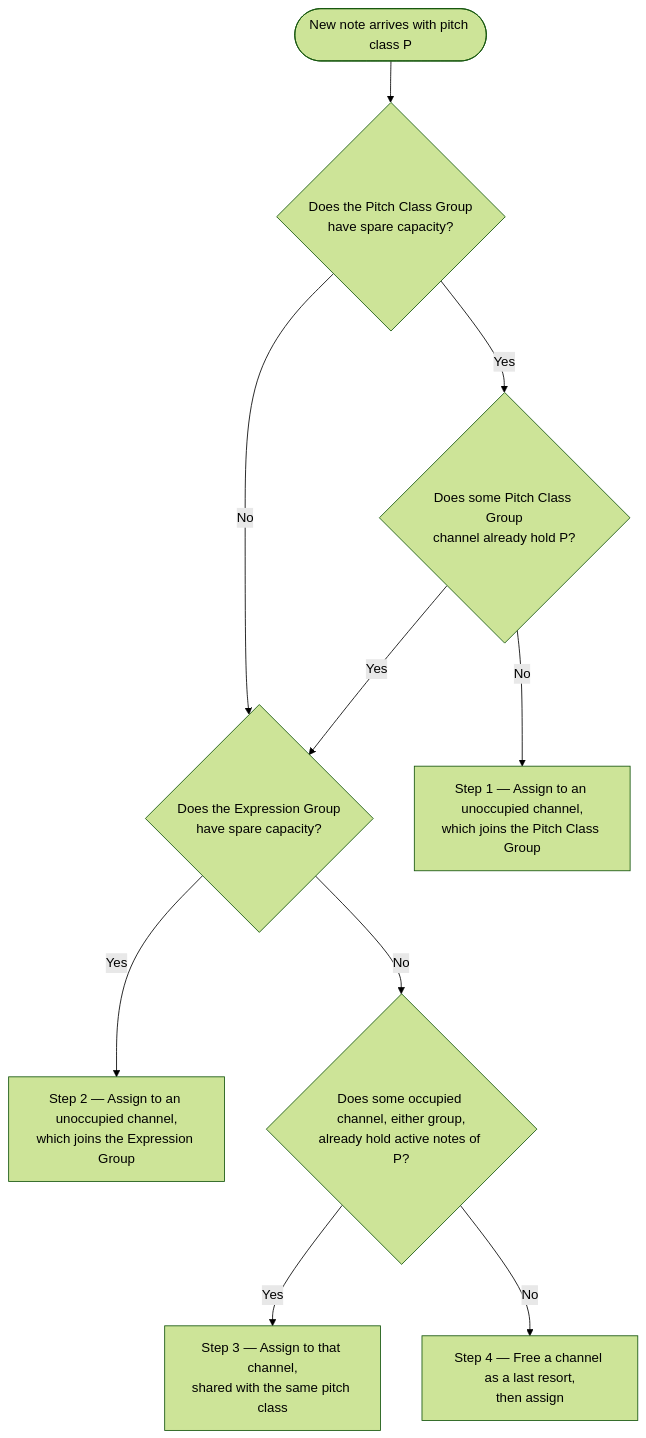
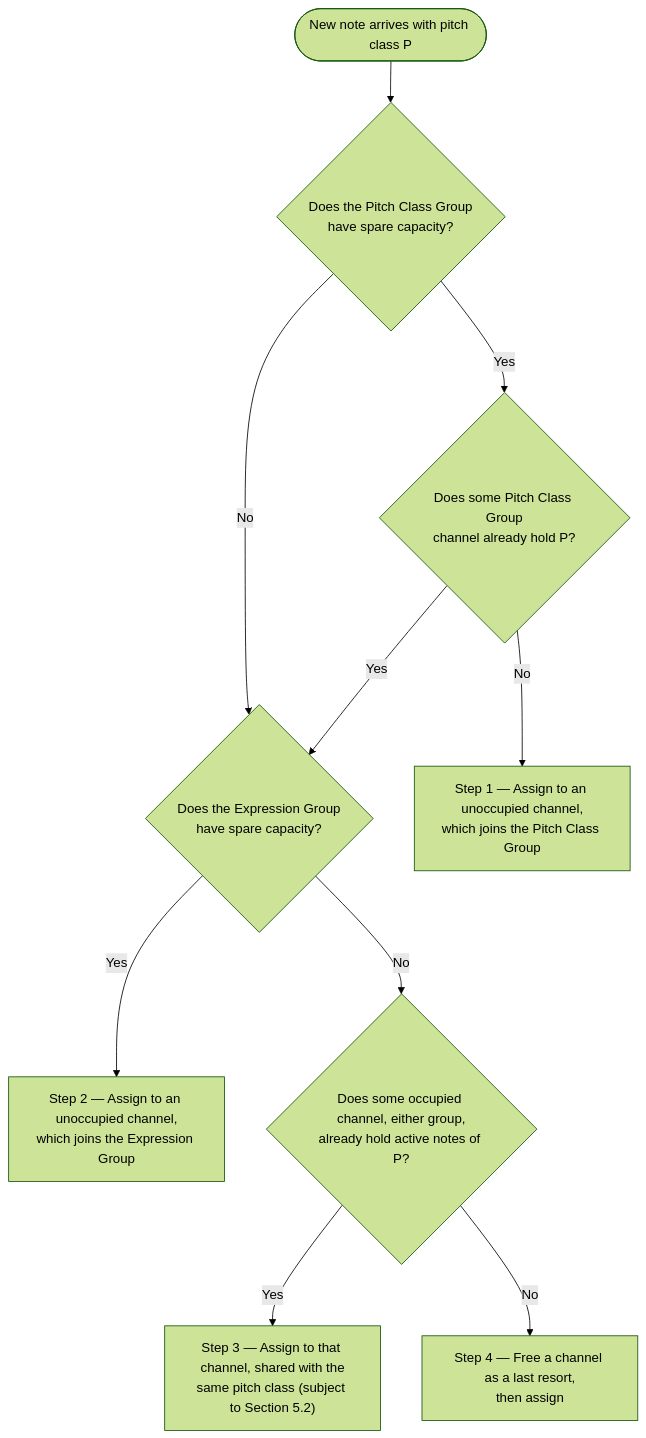
Before and after one commit to calinburloiu/microtonalist: the second of 2 diagrams in docs/architecture/tuner/mpe-tuner-paper.md, drawn with Mermaid (forest theme). The commit also changed other lines of this file and 2 other files, not shown here.

````diff
--- a/docs/architecture/tuner/mpe-tuner-paper.md
+++ b/docs/architecture/tuner/mpe-tuner-paper.md
@@ -340,20 +344,20 @@
 ```mermaid
 flowchart TD
     Start([New note arrives with pitch class P]) --> Q1a
 
     Q1a{"Does the Pitch Class Group<br/>have spare capacity?"}
     Q1a -- No --> Q2
     Q1a -- Yes --> Q1b
 
     Q1b{"Does some Pitch Class Group<br/>channel already hold P?"}
     Q1b -- Yes --> Q2
     Q1b -- No --> A1["Step 1 — Assign to an unoccupied channel,<br/>which joins the Pitch Class Group"]
 
     Q2{"Does the Expression Group<br/>have spare capacity?"}
     Q2 -- Yes --> A2["Step 2 — Assign to an unoccupied channel,<br/>which joins the Expression Group"]
     Q2 -- No --> Q3
 
     Q3{"Does some occupied channel, either group,<br/>already hold active notes of P?"}
-    Q3 -- Yes --> A3["Step 3 — Assign to that channel,<br/>shared with the same pitch class"]
+    Q3 -- Yes --> A3["Step 3 — Assign to that channel, shared with the<br/>same pitch class (subject to Section 5.2)"]
     Q3 -- No --> A4["Step 4 — Free a channel as a last resort,<br/>then assign"]
 ```
````
